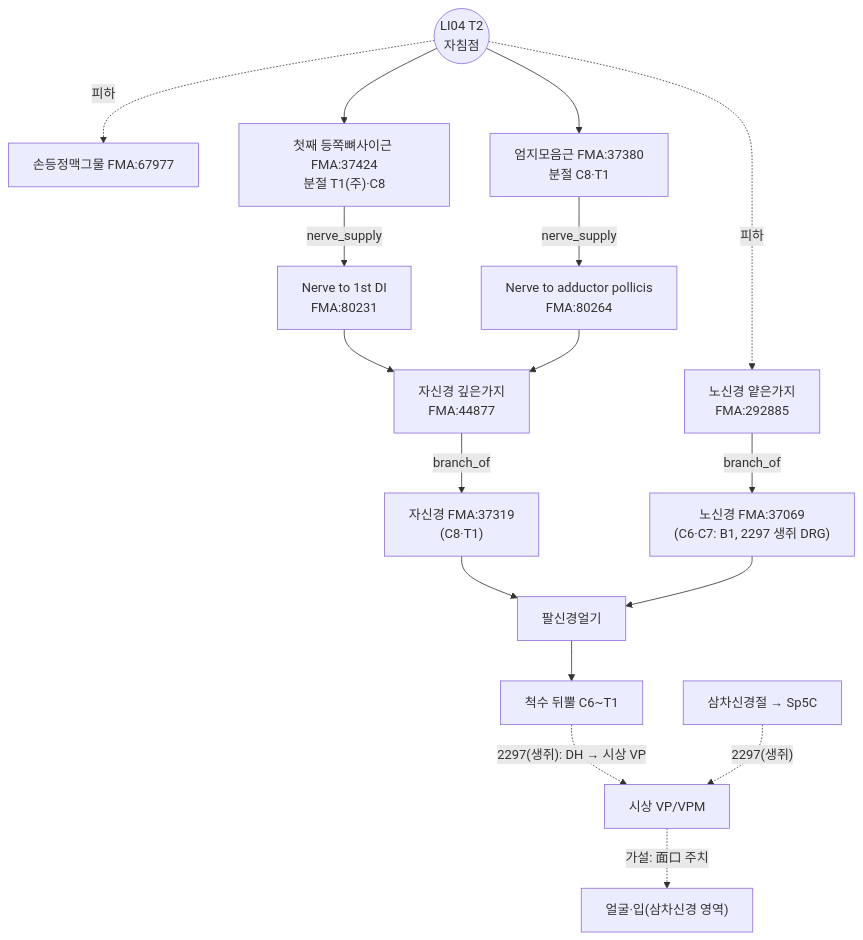
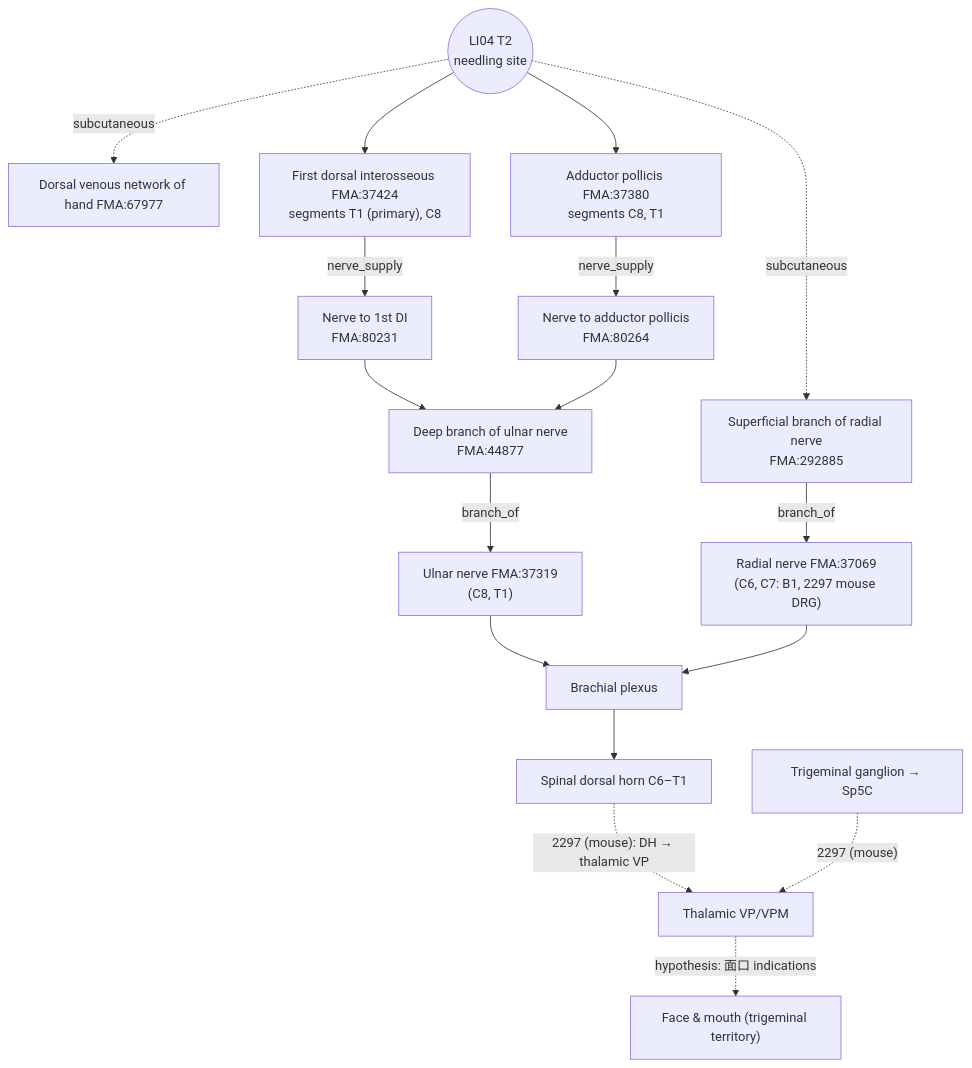
One commit to jaehyokim-sketch/acupoint_anatomy changed the diagram in 01_경혈별_해부생리_분석보고서/LI_수양명대장경/LI04_합곡/LI04_합곡_해부생리_실체판명_보고서_en.md. Above: the diagram before and after it, drawn with Mermaid. The commit also changed other lines of this file and 199 other files, not shown here.

````diff
--- a/01_경혈별_해부생리_분석보고서/LI_수양명대장경/LI04_합곡/LI04_합곡_해부생리_실체판명_보고서_en.md
+++ b/01_경혈별_해부생리_분석보고서/LI_수양명대장경/LI04_합곡/LI04_합곡_해부생리_실체판명_보고서_en.md
@@ -190,17 +192,17 @@
 ```mermaid
 flowchart TB
-  P(("LI04 T2<br/>자침점")) -.피하.-> SRN["노신경 얕은가지<br/>FMA:292885"]
-  P -.피하.-> DVN["손등정맥그물 FMA:67977"]
-  P --> FDI["첫째 등쪽뼈사이근 FMA:37424<br/>분절 T1(주)·C8"]
-  P --> ADP["엄지모음근 FMA:37380<br/>분절 C8·T1"]
-  FDI -- nerve_supply --> N1["Nerve to 1st DI<br/>FMA:80231"] --> DUN["자신경 깊은가지<br/>FMA:44877"]
+  P(("LI04 T2<br/>needling site")) -.subcutaneous.-> SRN["Superficial branch of radial nerve<br/>FMA:292885"]
+  P -.subcutaneous.-> DVN["Dorsal venous network of hand FMA:67977"]
+  P --> FDI["First dorsal interosseous FMA:37424<br/>segments T1 (primary), C8"]
+  P --> ADP["Adductor pollicis FMA:37380<br/>segments C8, T1"]
+  FDI -- nerve_supply --> N1["Nerve to 1st DI<br/>FMA:80231"] --> DUN["Deep branch of ulnar nerve<br/>FMA:44877"]
   ADP -- nerve_supply --> N2["Nerve to adductor pollicis<br/>FMA:80264"] --> DUN
-  DUN -- branch_of --> UN["자신경 FMA:37319<br/>(C8·T1)"]
-  SRN -- branch_of --> RN["노신경 FMA:37069<br/>(C6·C7: B1, 2297 생쥐 DRG)"]
-  UN --> BP["팔신경얼기"]
+  DUN -- branch_of --> UN["Ulnar nerve FMA:37319<br/>(C8, T1)"]
+  SRN -- branch_of --> RN["Radial nerve FMA:37069<br/>(C6, C7: B1, 2297 mouse DRG)"]
+  UN --> BP["Brachial plexus"]
   RN --> BP
-  BP --> DH["척수 뒤뿔 C6~T1"]
-  DH -. "2297(생쥐): DH → 시상 VP" .-> VP["시상 VP/VPM"]
-  TG["삼차신경절 → Sp5C"] -. "2297(생쥐)" .-> VP
-  VP -. "가설: 面口 주치" .-> FACE["얼굴·입(삼차신경 영역)"]
+  BP --> DH["Spinal dorsal horn C6–T1"]
+  DH -. "2297 (mouse): DH → thalamic VP" .-> VP["Thalamic VP/VPM"]
+  TG["Trigeminal ganglion → Sp5C"] -. "2297 (mouse)" .-> VP
+  VP -. "hypothesis: 面口 indications" .-> FACE["Face & mouth (trigeminal territory)"]
 ```
````
